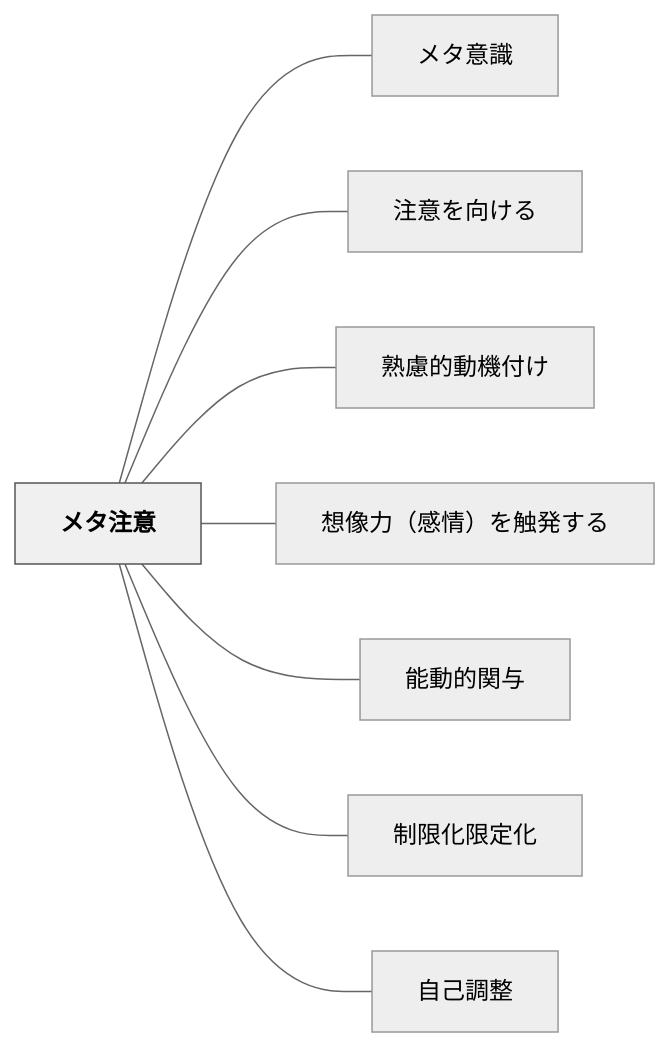
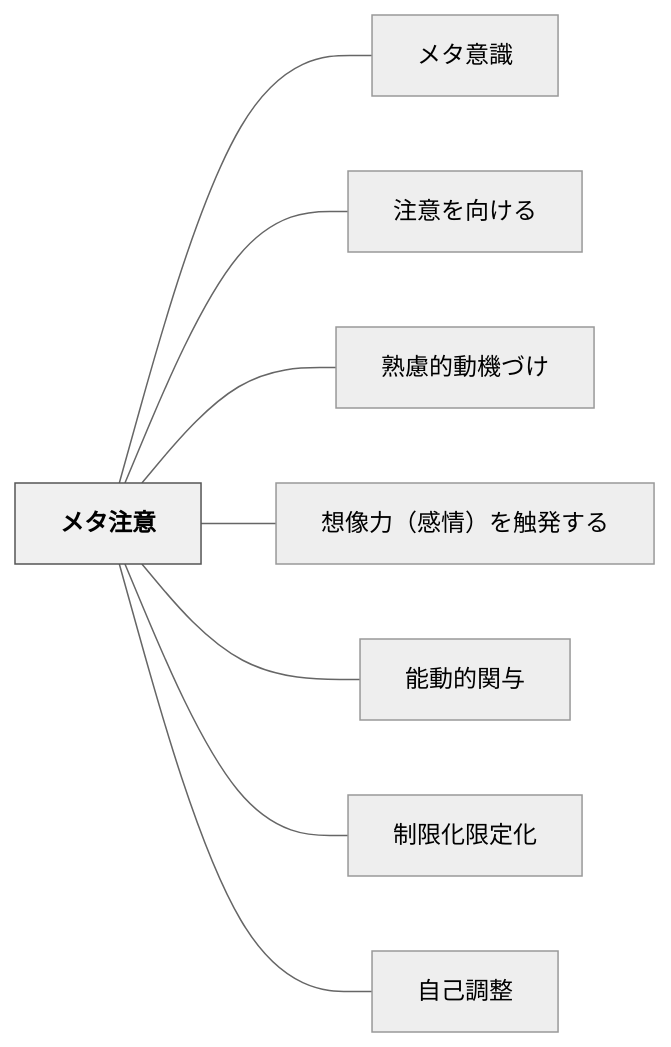
Before and after one commit to unknownthings-ed-patterns/unknownthings-ed-patterns: the diagram in content/パタン/メタ注意.md, drawn with Mermaid (neutral theme). The commit also changed other lines of this file and 234 other files, not shown here.

````diff
--- a/content/パタン/メタ注意.md
+++ b/content/パタン/メタ注意.md
@@ -68,22 +68,22 @@
 ```mermaid
 flowchart LR
     ne383a1e382bfe6b3a8e6848f["メタ注意"]
     ne383a1e382bfe6848fe8ad98["メタ意識"]
     ne6b3a8e6848fe38292e59091e38191e3828b["注意を向ける"]
-    ne7869fe685aee79a84e58b95e6a99fe4bb98e38191["熟慮的動機付け"]
+    ne7869fe685aee79a84e58b95e6a99fe381a5e38191["熟慮的動機づけ"]
     ne683b3e5838fe58a9befbc88e6849fe68385efbc89e38292e8a7a6e799bae38199e3828b["想像力（感情）を触発する"]
     ne883bde58b95e79a84e996a2e4b88e["能動的関与"]
     ne588b6e99990e58c96e99990e5ae9ae58c96["制限化限定化"]
     ne887aae5b7b1e8aabfe695b4["自己調整"]
 
     ne383a1e382bfe6b3a8e6848f --- ne383a1e382bfe6848fe8ad98
     ne383a1e382bfe6b3a8e6848f --- ne6b3a8e6848fe38292e59091e38191e3828b
-    ne383a1e382bfe6b3a8e6848f --- ne7869fe685aee79a84e58b95e6a99fe4bb98e38191
+    ne383a1e382bfe6b3a8e6848f --- ne7869fe685aee79a84e58b95e6a99fe381a5e38191
     ne383a1e382bfe6b3a8e6848f --- ne683b3e5838fe58a9befbc88e6849fe68385efbc89e38292e8a7a6e799bae38199e3828b
     ne383a1e382bfe6b3a8e6848f --- ne883bde58b95e79a84e996a2e4b88e
     ne383a1e382bfe6b3a8e6848f --- ne588b6e99990e58c96e99990e5ae9ae58c96
     ne383a1e382bfe6b3a8e6848f --- ne887aae5b7b1e8aabfe695b4
 
     classDef hub fill:#f0f0f0,stroke:#555,color:#000,font-weight:bold
     class ne383a1e382bfe6b3a8e6848f hub
 ```
````
